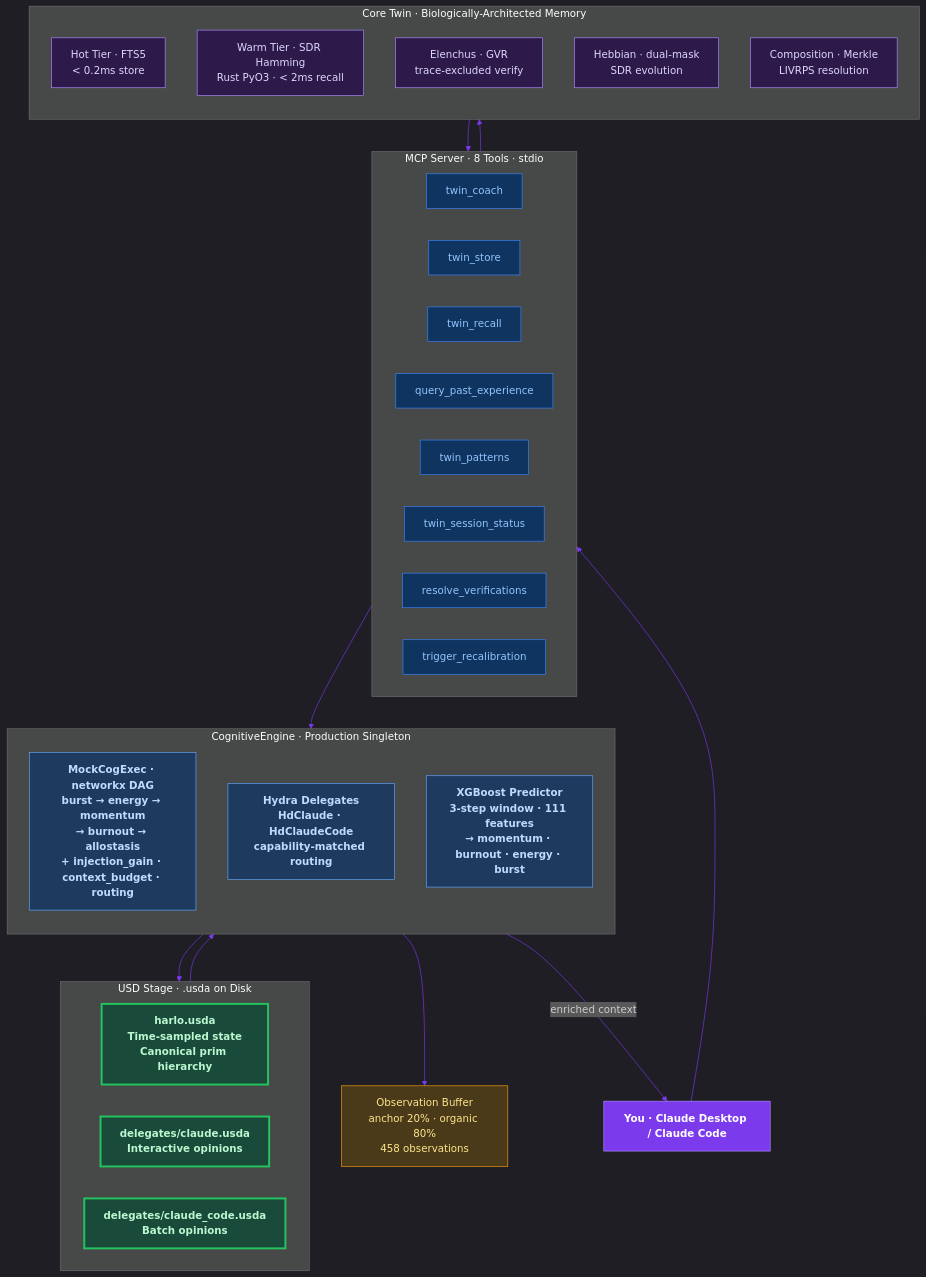
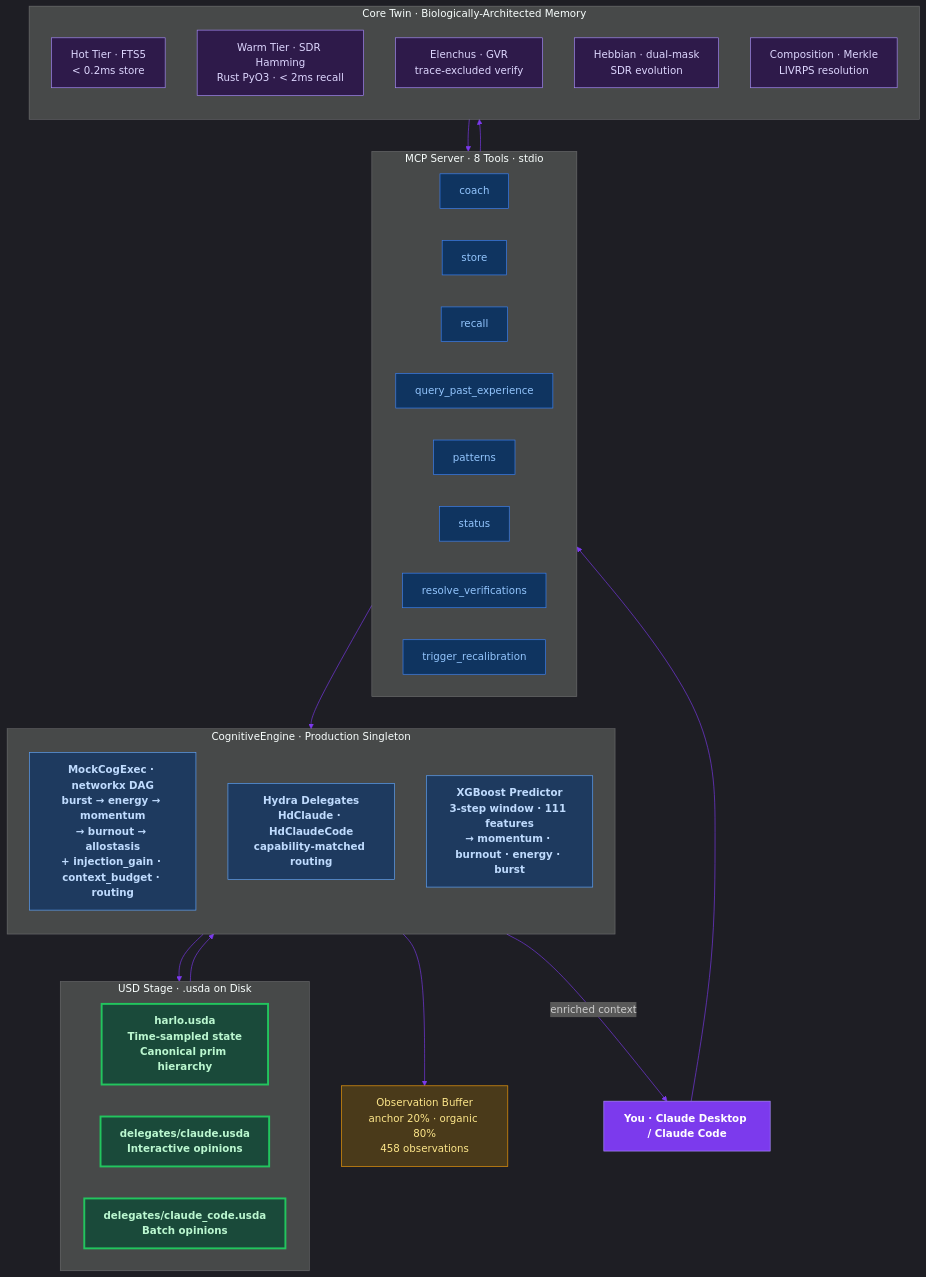
Before and after one commit to JosephOIbrahim/Harlo: the fourth of 8 diagrams in README.md, drawn with Mermaid. The commit also changed 3 other files, not shown here.

First line of the commit message:
refactor(mcp): drop twin_ prefix from MCP-exposed tool names

````diff
--- a/README.md
+++ b/README.md
@@ -236,58 +236,58 @@
 ```mermaid
 %%{init: {'theme': 'dark', 'themeVariables': {'primaryColor': '#1a1a2e', 'primaryTextColor': '#e0e0e0', 'primaryBorderColor': '#7c3aed', 'lineColor': '#7c3aed', 'secondaryColor': '#16213e', 'tertiaryColor': '#0f3460'}}}%%
 graph TB
     USER["You · Claude Desktop / Claude Code"]:::user
 
     subgraph MCP["MCP Server · 8 Tools · stdio"]
         direction LR
-        COACH["twin_coach"]:::tool
-        STORE["twin_store"]:::tool
-        RECALL["twin_recall"]:::tool
+        COACH["coach"]:::tool
+        STORE["store"]:::tool
+        RECALL["recall"]:::tool
         QPE["query_past_experience"]:::tool
-        PATTERNS["twin_patterns"]:::tool
-        SESSION["twin_session_status"]:::tool
+        PATTERNS["patterns"]:::tool
+        SESSION["status"]:::tool
         RESOLVE["resolve_verifications"]:::tool
         RECAL["trigger_recalibration"]:::tool
     end
 
     subgraph ENGINE["CognitiveEngine · Production Singleton"]
         direction TB
         DAG["MockCogExec · networkx DAG\nburst → energy → momentum\n→ burnout → allostasis\n+ injection_gain · context_budget · routing"]:::engine
         DELEGATES["Hydra Delegates\nHdClaude · HdClaudeCode\ncapability-matched routing"]:::engine
         PREDICT["XGBoost Predictor\n3-step window · 111 features\n→ momentum · burnout · energy · burst"]:::engine
     end
 
     subgraph STAGE["USD Stage · .usda on Disk"]
         direction LR
         ROOT["harlo.usda\nTime-sampled state\nCanonical prim hierarchy"]:::usd
         CLAUDE_SUB["delegates/claude.usda\nInteractive opinions"]:::usd
         CODE_SUB["delegates/claude_code.usda\nBatch opinions"]:::usd
     end
 
     subgraph MEMORY["Core Twin · Biologically-Architected Memory"]
         direction TB
         HOT["Hot Tier · FTS5\n< 0.2ms store"]:::memory
         WARM["Warm Tier · SDR Hamming\nRust PyO3 · < 2ms recall"]:::memory
         ELENCHUS["Elenchus · GVR\ntrace-excluded verify"]:::memory
         HEBBIAN["Hebbian · dual-mask\nSDR evolution"]:::memory
         COMPOSITION["Composition · Merkle\nLIVRPS resolution"]:::memory
     end
 
     BUFFER["Observation Buffer\nanchor 20% · organic 80%\n458 observations"]:::buffer
 
     USER --> MCP
     MCP --> ENGINE
     ENGINE --> STAGE
     ENGINE --> BUFFER
     STAGE --> ENGINE
     MCP --> MEMORY
     MEMORY --> MCP
     ENGINE -->|"enriched context"| USER
 
     classDef user fill:#7c3aed,stroke:#a78bfa,color:#fff,font-weight:bold
     classDef tool fill:#0f3460,stroke:#3b82f6,color:#93c5fd
     classDef engine fill:#1e3a5f,stroke:#60a5fa,color:#bfdbfe,font-weight:bold
     classDef usd fill:#1a4a3a,stroke:#22c55e,color:#bbf7d0,font-weight:bold,stroke-width:3px
     classDef memory fill:#2e1a4a,stroke:#a78bfa,color:#ddd6fe
     classDef buffer fill:#4a3a1a,stroke:#f59e0b,color:#fde68a
 ```
````
